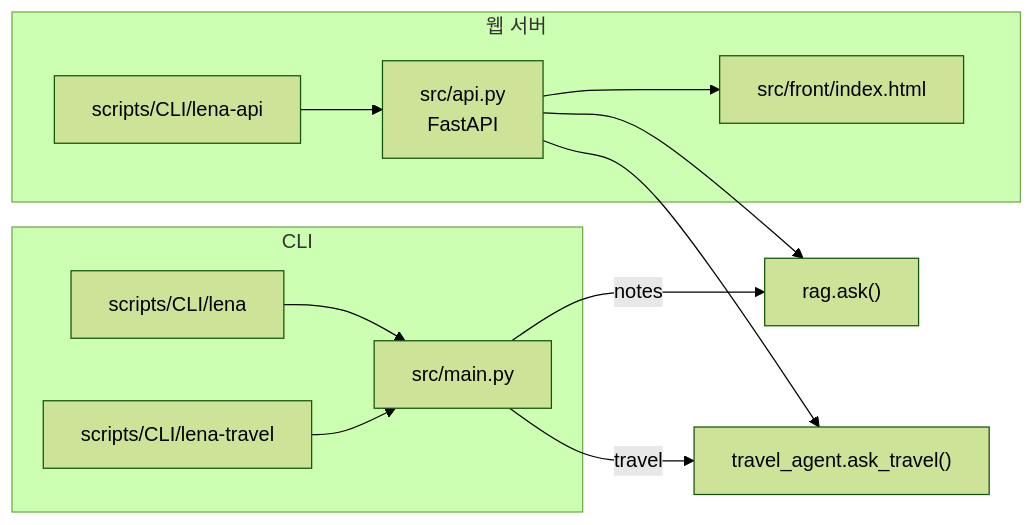
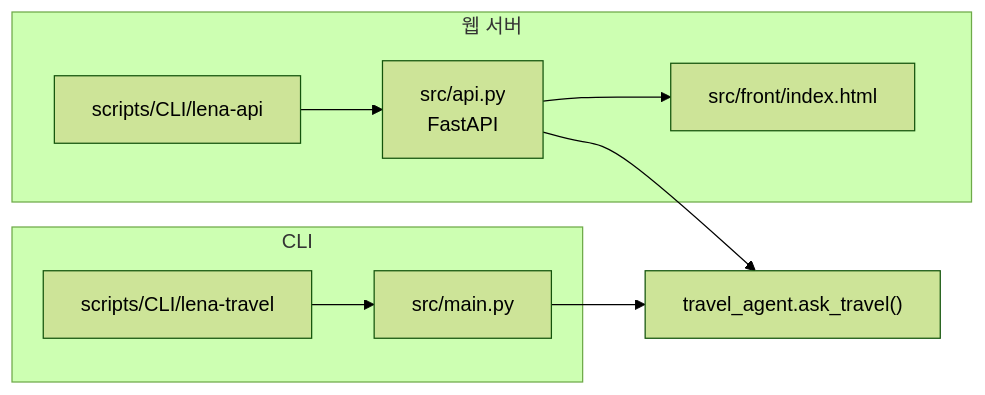
One commit to HyeerinCho/Lena-travel-RAG changed the third of 3 diagrams in docs/아키텍처_구조도.md. Above: the diagram before and after it, drawn with Mermaid (forest theme). The commit also changed other lines of this file and 15 other files, not shown here.

````diff
--- a/docs/아키텍처_구조도.md
+++ b/docs/아키텍처_구조도.md
@@ -258,15 +219,12 @@
 ```mermaid
 flowchart LR
     subgraph CLI["CLI"]
-        L1["scripts/CLI/lena"] --> M["src/main.py"]
-        L2["scripts/CLI/lena-travel"] --> M
+        L2["scripts/CLI/lena-travel"] --> M["src/main.py"]
     end
     subgraph SERVER["웹 서버"]
         L3["scripts/CLI/lena-api"] --> API["src/api.py<br/>FastAPI"]
         API --> UI["src/front/index.html"]
     end
-    M -->|"notes"| RAG["rag.ask()"]
-    M -->|"travel"| TA["travel_agent.ask_travel()"]
-    API --> RAG
+    M --> TA["travel_agent.ask_travel()"]
     API --> TA
 ```
````
